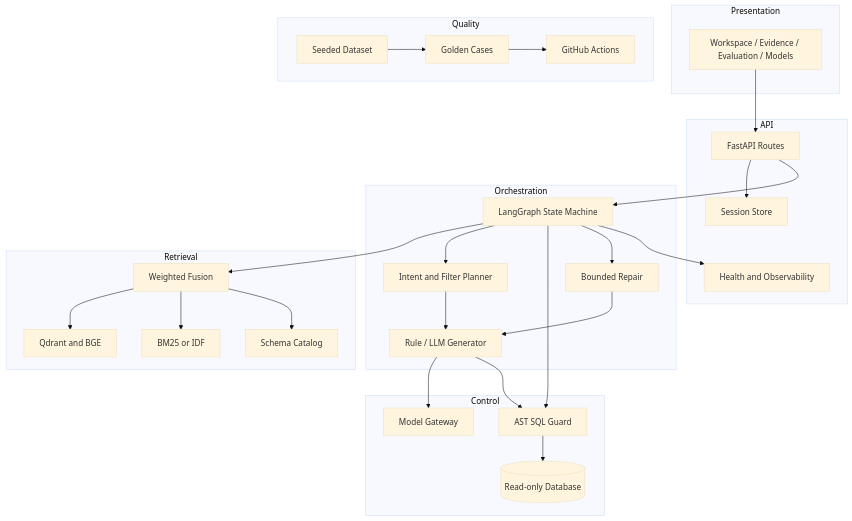
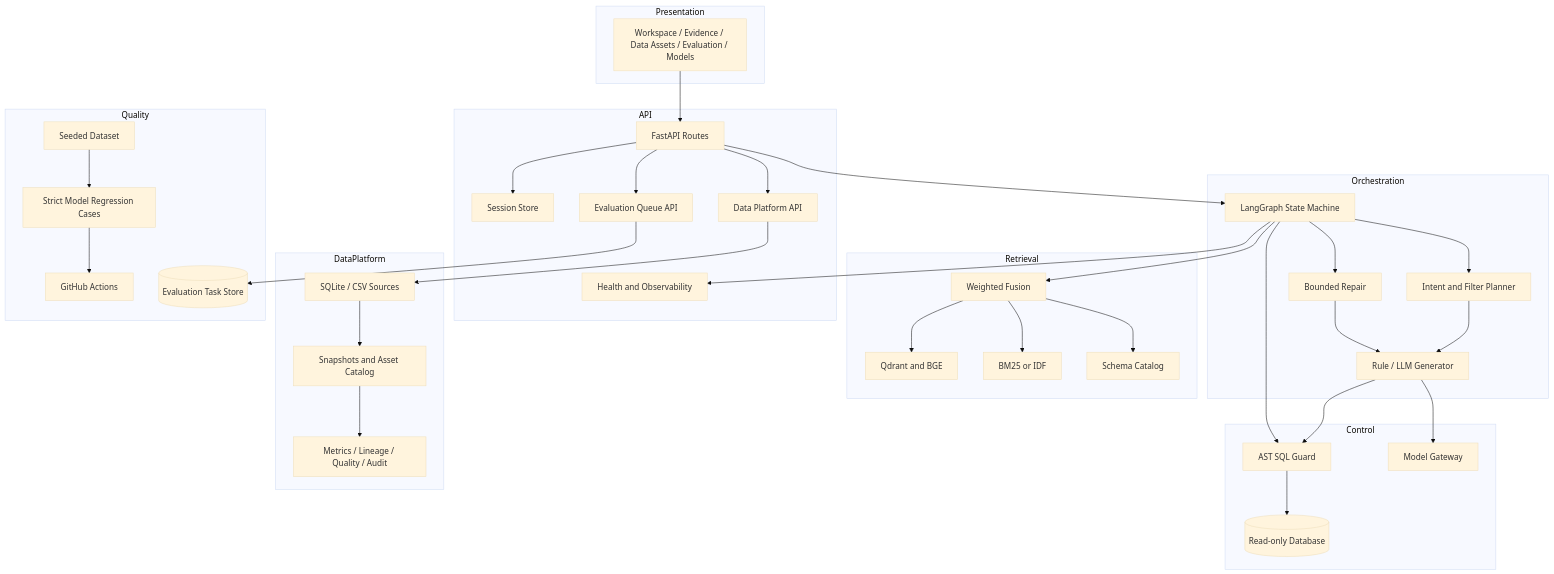
One commit to sun-sh/atlas-bi-nl2sql changed the first of 3 diagrams in docs/ARCHITECTURE.md. Above: the diagram before and after it, drawn with Mermaid (base theme). The commit also changed other lines of this file and 7 other files, not shown here.

Commit message:
docs:refresh-readme-architecture

````diff
--- a/docs/ARCHITECTURE.md
+++ b/docs/ARCHITECTURE.md
@@ -18,57 +20,72 @@
 ```mermaid
 flowchart TB
     subgraph Presentation
-        UI[Workspace / Evidence / Evaluation / Models]
+        UI[Workspace / Evidence / Data Assets / Evaluation / Models]
     end
 
     subgraph API
         Routes[FastAPI Routes]
         Sessions[Session Store]
         Health[Health and Observability]
+        Tasks[Evaluation Queue API]
+        Platform[Data Platform API]
     end
 
     subgraph Orchestration
         Graph[LangGraph State Machine]
         Planner[Intent and Filter Planner]
         Generator[Rule / LLM Generator]
         Repair[Bounded Repair]
     end
 
     subgraph Retrieval
         Fusion[Weighted Fusion]
         Semantic[Qdrant and BGE]
         Lexical[BM25 or IDF]
         Catalog[Schema Catalog]
     end
 
     subgraph Control
         Guard[AST SQL Guard]
         ReadOnly[(Read-only Database)]
         Gateway[Model Gateway]
     end
 
+    subgraph DataPlatform
+        Sources[SQLite / CSV Sources]
+        Snapshots[Snapshots and Asset Catalog]
+        Governance[Metrics / Lineage / Quality / Audit]
+    end
+
     subgraph Quality
         Fixtures[Seeded Dataset]
-        Golden[Golden Cases]
+        Golden[Strict Model Regression Cases]
         CI[GitHub Actions]
+        TaskStore[(Evaluation Task Store)]
     end
 
     UI --> Routes
     Routes --> Sessions
     Routes --> Graph
+    Routes --> Tasks
+    Routes --> Platform
+    Platform --> Sources
+    Sources --> Snapshots
+    Snapshots --> Governance
+    Tasks --> TaskStore
     Graph --> Fusion
     Fusion --> Semantic
     Fusion --> Lexical
     Fusion --> Catalog
     Graph --> Planner
     Planner --> Generator
     Generator --> Gateway
     Generator --> Guard
     Graph --> Guard
     Guard --> ReadOnly
     Graph --> Repair
     Repair --> Generator
     Graph --> Health
     Fixtures --> Golden
     Golden --> CI
 ```
````
